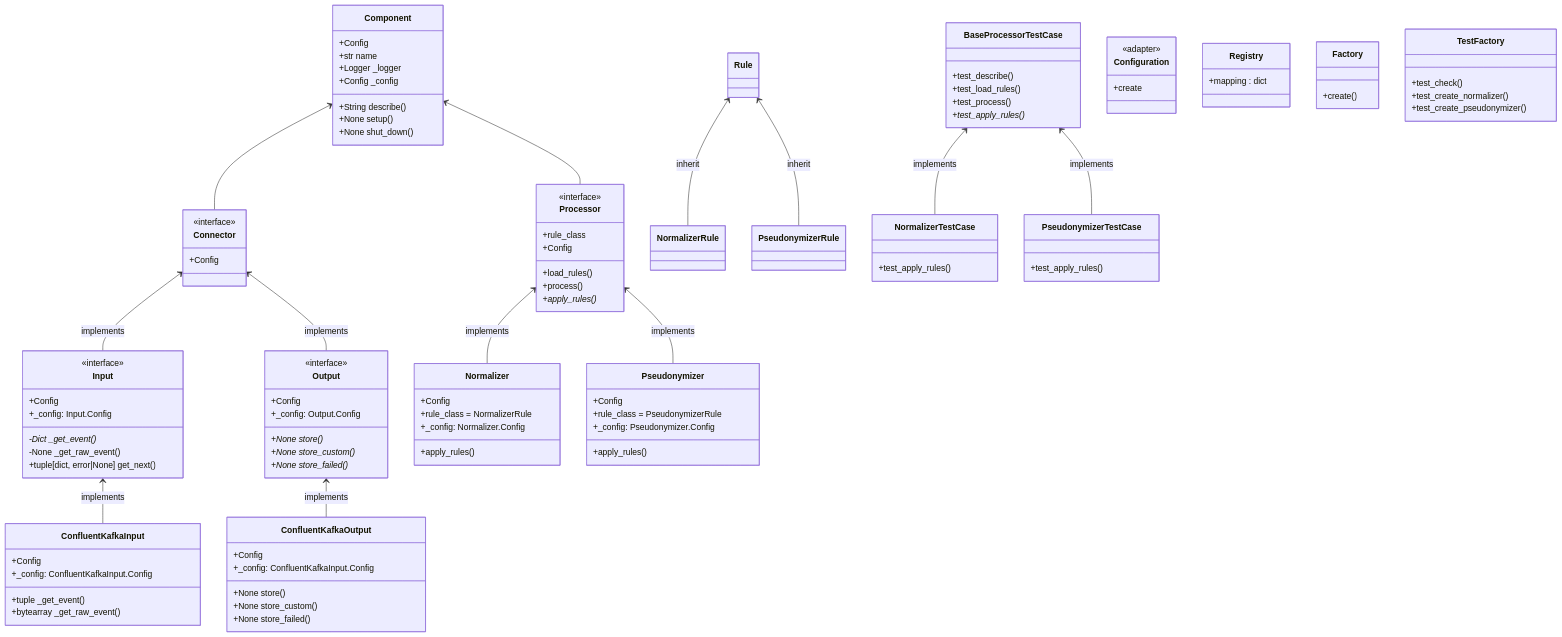
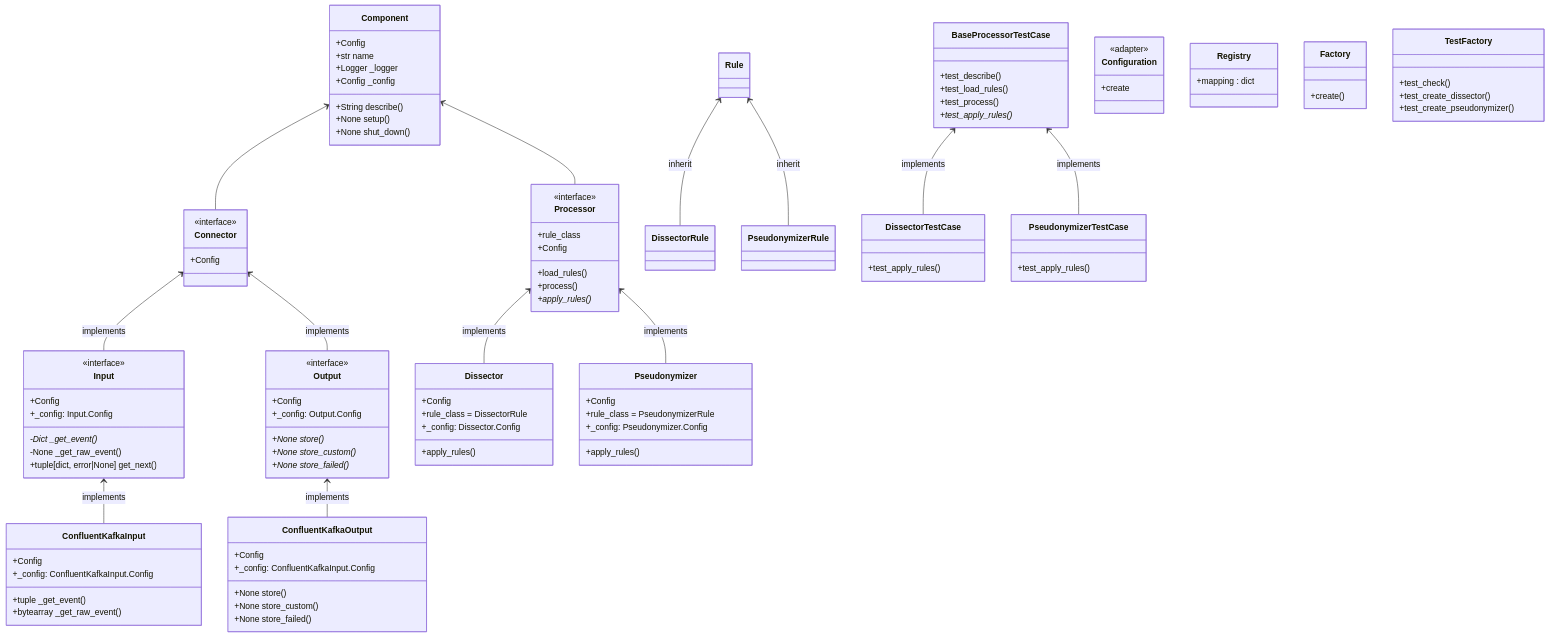
The diagram in doc/source/development/index.rst (fkie-cad/Logprep), drawn with Mermaid before and after one commit. The commit also changed 64 other files, not shown here.

Commit message:
remove normalizer processor

```diff
--- a/doc/source/development/index.rst
+++ b/doc/source/development/index.rst
@@ -9,14 +9,14 @@
         Component <-- Connector
         Connector <-- Input : implements
         Connector <-- Output : implements
-        Processor <-- Normalizer : implements
+        Processor <-- Dissector : implements
         Processor <-- Pseudonymizer : implements
         Input <-- ConfluentKafkaInput : implements
         Output <-- ConfluentKafkaOutput : implements
         ProcessorConfiguration
-        Rule <-- NormalizerRule : inherit
+        Rule <-- DissectorRule : inherit
         Rule <-- PseudonymizerRule : inherit
-        BaseProcessorTestCase <-- NormalizerTestCase : implements
+        BaseProcessorTestCase <-- DissectorTestCase : implements
         BaseProcessorTestCase <-- PseudonymizerTestCase : implements
         class Component{
             +Config
@@ -36,10 +36,10 @@
             +process()
             +apply_rules()*
         }
-        class Normalizer{
+        class Dissector{
             +Config
-            +rule_class = NormalizerRule
-            +_config: Normalizer.Config
+            +rule_class = DissectorRule
+            +_config: Dissector.Config
             +apply_rules()
         }
 
@@ -98,7 +98,7 @@
 
         class TestFactory{
             +test_check()
-            +test_create_normalizer()
+            +test_create_dissector()
             +test_create_pseudonymizer()
         }
 
@@ -109,7 +109,7 @@
             +test_apply_rules()*
         }
 
-        class NormalizerTestCase{
+        class DissectorTestCase{
             +test_apply_rules()
         }
 
```
